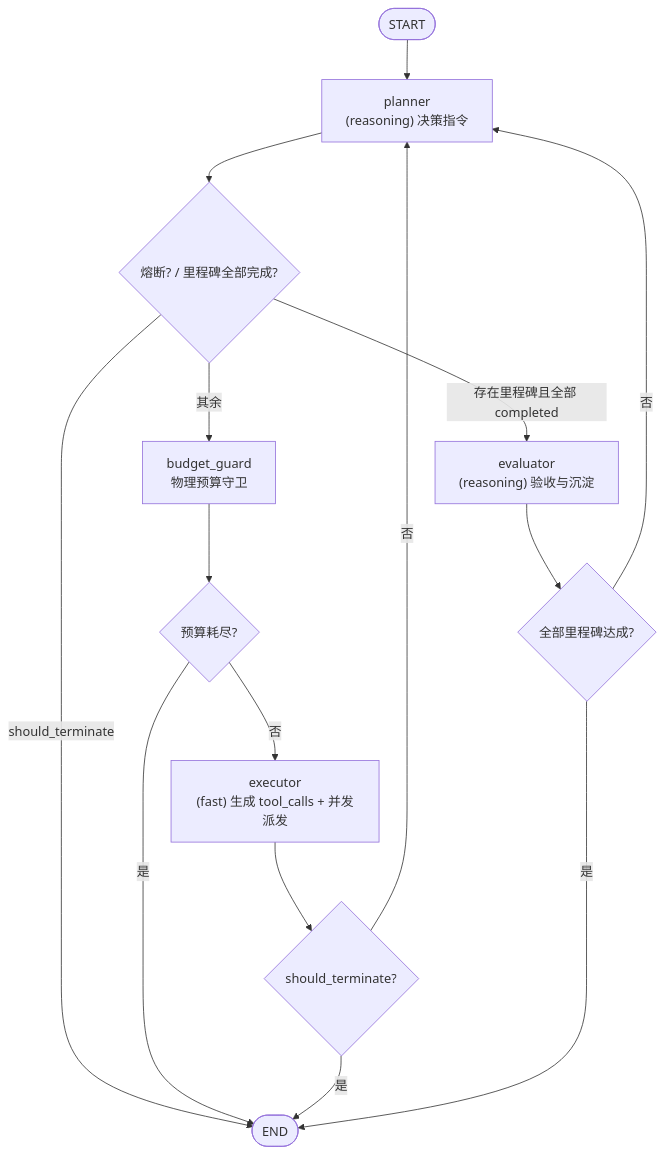
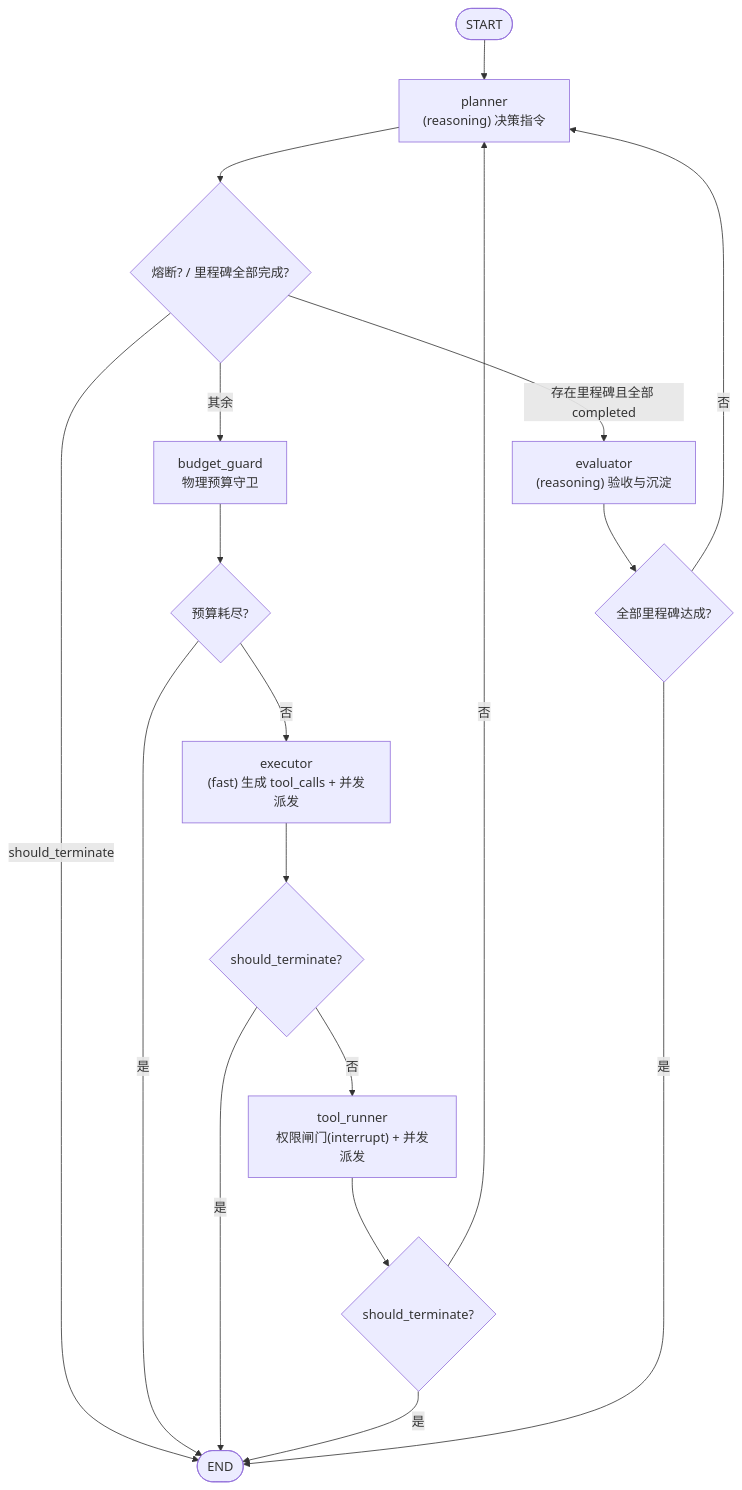
Before and after one commit to MakinoharaShokosans/Aegis: the diagram in documents/agent_runtime/04_routing_and_control_flow.md, drawn with Mermaid. The commit also changed other lines of this file and 26 other files, not shown here.

````diff
--- a/documents/agent_runtime/04_routing_and_control_flow.md
+++ b/documents/agent_runtime/04_routing_and_control_flow.md
@@ -13,21 +13,25 @@
 ```mermaid
 graph TD
     START(["START"]) --> PLAN["planner<br/>(reasoning) 决策指令"]
 
     PLAN --> PLAN_ROUTE{"熔断? / 里程碑全部完成?"}
     PLAN_ROUTE -->|should_terminate| END_NODE(["END"])
     PLAN_ROUTE -->|存在里程碑且全部 completed| EVAL["evaluator<br/>(reasoning) 验收与沉淀"]
     PLAN_ROUTE -->|其余| GUARD["budget_guard<br/>物理预算守卫"]
 
     GUARD --> GUARD_ROUTE{"预算耗尽?"}
     GUARD_ROUTE -->|是| END_NODE
     GUARD_ROUTE -->|否| EXEC["executor<br/>(fast) 生成 tool_calls + 并发派发"]
 
     EXEC --> EXEC_ROUTE{"should_terminate?"}
     EXEC_ROUTE -->|是| END_NODE
-    EXEC_ROUTE -->|否| PLAN
+    EXEC_ROUTE -->|否| RUNNER["tool_runner<br/>权限闸门(interrupt) + 并发派发"]
+
+    RUNNER --> RUNNER_ROUTE{"should_terminate?"}
+    RUNNER_ROUTE -->|是| END_NODE
+    RUNNER_ROUTE -->|否| PLAN
 
     EVAL --> EVAL_ROUTE{"全部里程碑达成?"}
     EVAL_ROUTE -->|是| END_NODE
     EVAL_ROUTE -->|否| PLAN
 ```
````
